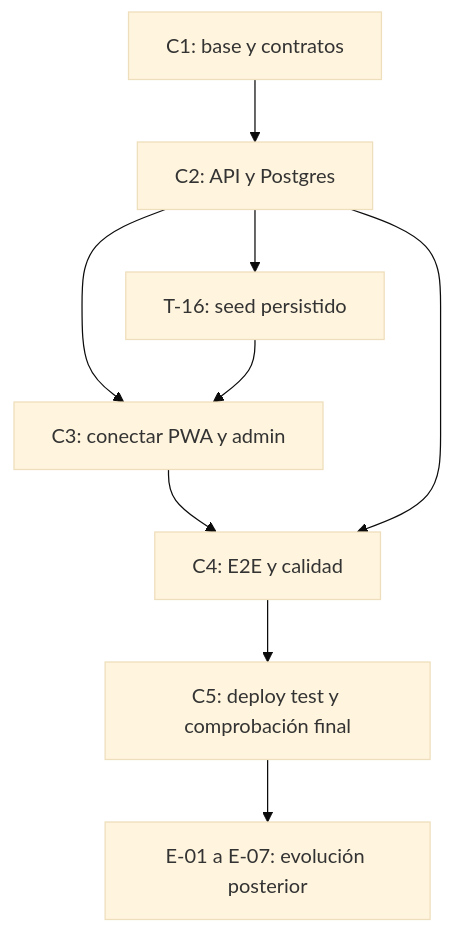
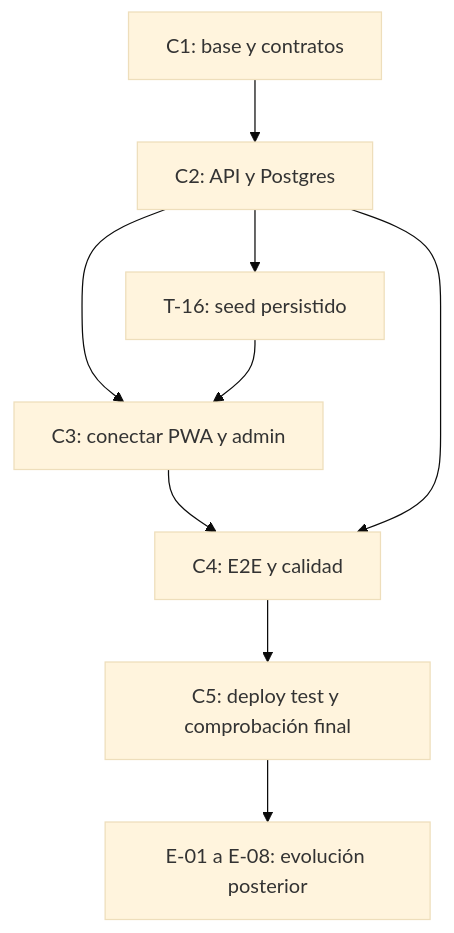
One commit to NixonGamboa/marketplace changed the diagram in docs/tecnicos/estado-plan.md. Above: the diagram before and after it, drawn with Mermaid (base theme). The commit also changed other lines of this file and 1 other file, not shown here.

````diff
--- a/docs/tecnicos/estado-plan.md
+++ b/docs/tecnicos/estado-plan.md
@@ -147,11 +150,11 @@
 ```mermaid
 flowchart TD
   A["C1: base y contratos"] --> B["C2: API y Postgres"]
   B --> S["T-16: seed persistido"]
   B --> C["C3: conectar PWA y admin"]
   S --> C
   C --> Q["C4: E2E y calidad"]
   B --> Q
   Q --> D["C5: deploy test y comprobación final"]
-  D --> E["E-01 a E-07: evolución posterior"]
+  D --> E["E-01 a E-08: evolución posterior"]
 ```
````
